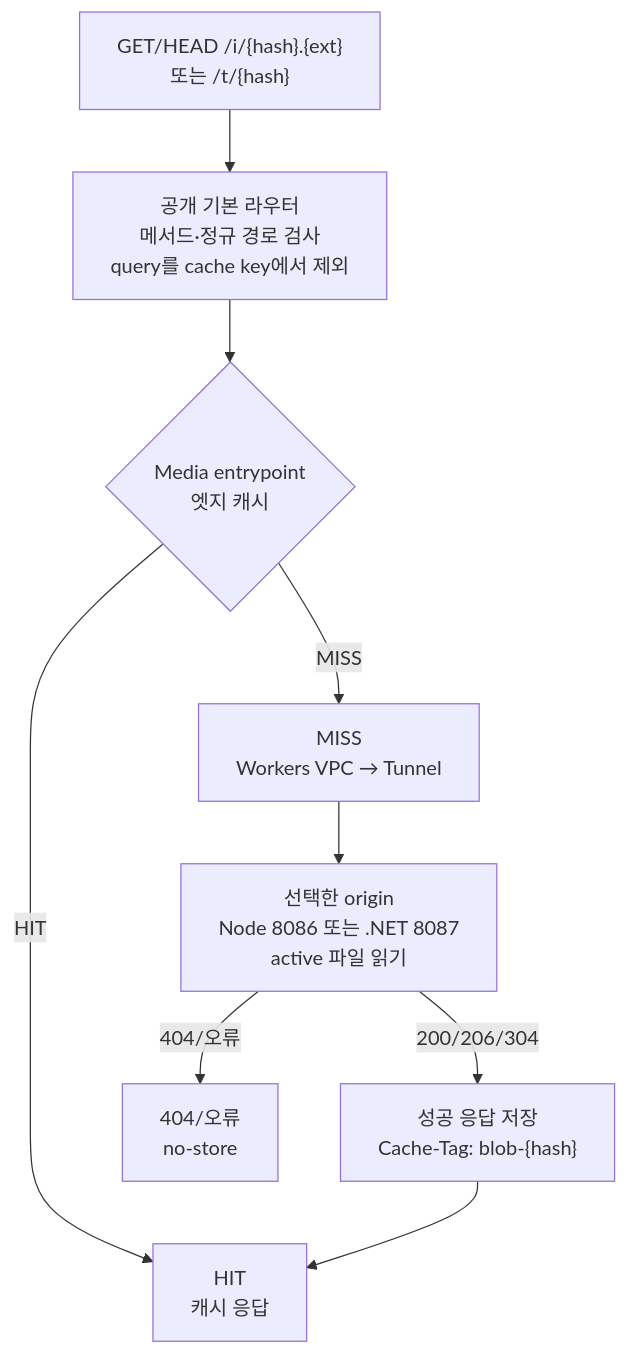
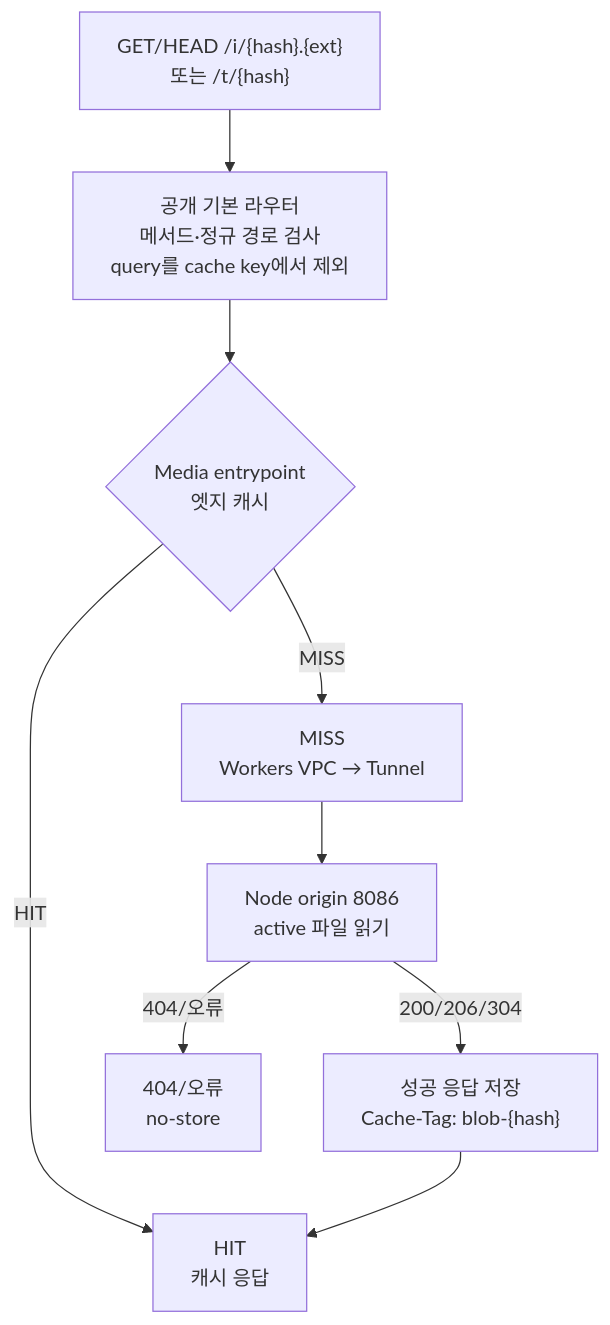
Before and after one commit to octopus7/meme: the second of 4 diagrams in docs/architecture.md, drawn with Mermaid. The commit also changed other lines of this file and 28 other files, not shown here.

Commit message:
Remove unused .NET origin

````diff
--- a/docs/architecture.md
+++ b/docs/architecture.md
@@ -71,18 +62,18 @@
 ```mermaid
 flowchart TD
     Q["GET/HEAD /i/{hash}.{ext}<br/>또는 /t/{hash}"]
     R["공개 기본 라우터<br/>메서드·정규 경로 검사<br/>query를 cache key에서 제외"]
     C{"Media entrypoint<br/>엣지 캐시"}
     H["HIT<br/>캐시 응답"]
     V["MISS<br/>Workers VPC → Tunnel"]
-    O["선택한 origin<br/>Node 8086 또는 .NET 8087<br/>active 파일 읽기"]
+    O["Node origin 8086<br/>active 파일 읽기"]
     E["성공 응답 저장<br/>Cache-Tag: blob-{hash}"]
     N["404/오류<br/>no-store"]
 
     Q --> R --> C
     C -->|HIT| H
     C -->|MISS| V --> O
     O -->|200/206/304| E
     O -->|404/오류| N
     E --> H
 ```
````
